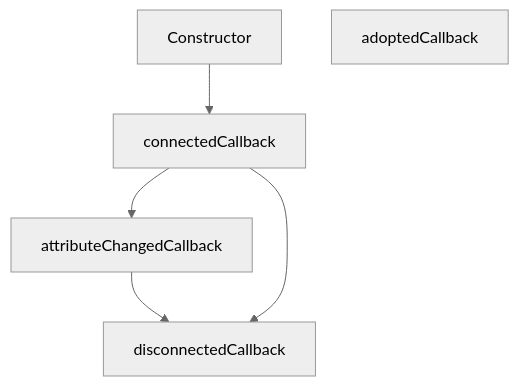
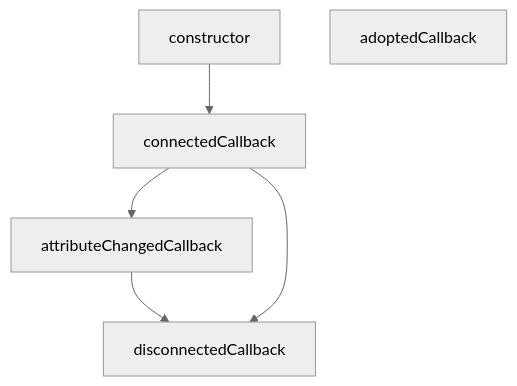
The diagram in DW/2-intermedio/029.web-components/web-components.md (aleroses/Platzi), drawn with Mermaid (neutral theme) before and after one commit. The commit also changed other lines of this file and 1 other file, not shown here.

````diff
--- a/DW/2-intermedio/029.web-components/web-components.md
+++ b/DW/2-intermedio/029.web-components/web-components.md
@@ -250,14 +250,14 @@
 ```mermaid
-graph TD
-  A[Constructor]
+flowchart TD
+  A[constructor]
   B[connectedCallback]
   C[attributeChangedCallback]
   D[disconnectedCallback]
   E[adoptedCallback]
 
   A --> B
   B --> C
   C --> D
   B --> D
   E
 ```
````
